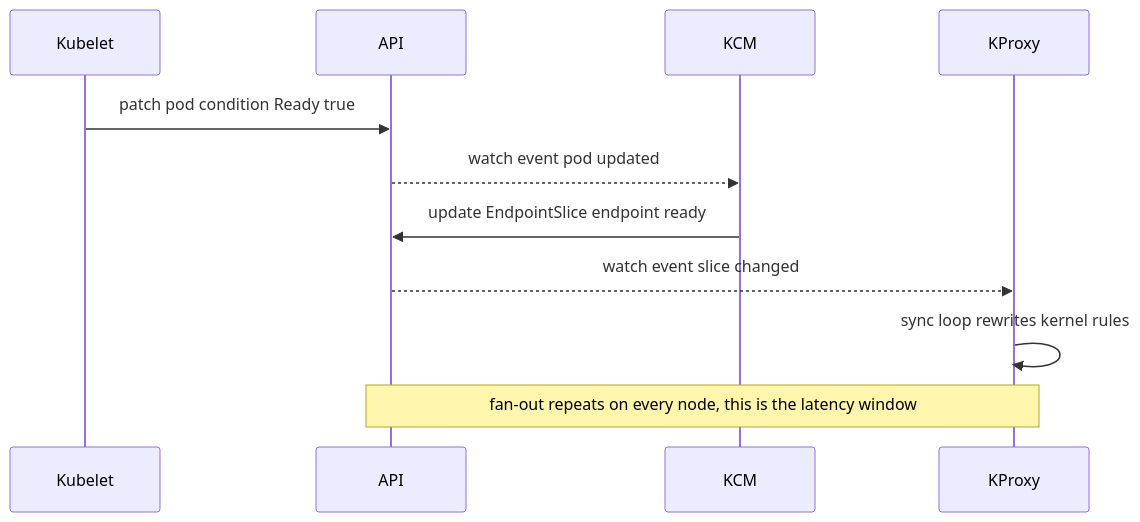
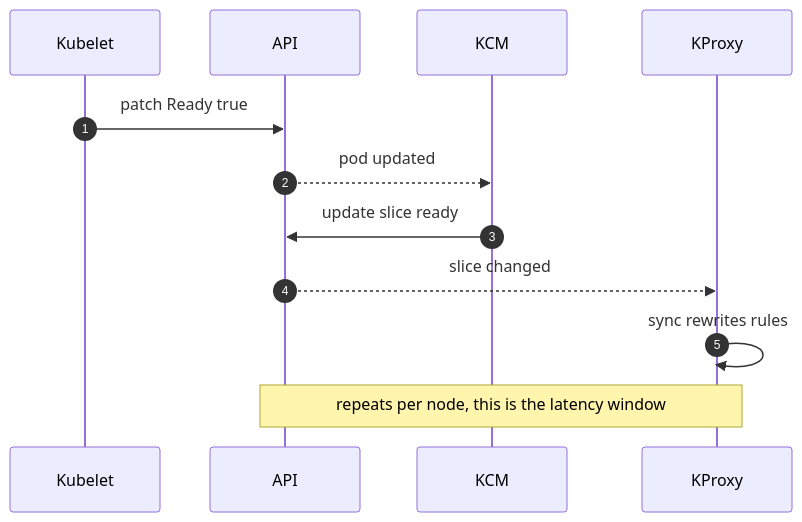
Before and after one commit to sanketsudake/k8s-worksheet: the third of 3 diagrams in chapters/ch07.md, drawn with Mermaid. The commit also changed other lines of this file, not shown here.

First line of the commit message:
ch07: bring diagrams within the print-size gate

````diff
--- a/chapters/ch07.md
+++ b/chapters/ch07.md
@@ -153,13 +154,14 @@
 ```mermaid
 sequenceDiagram
+    autonumber
     participant Kubelet
     participant API
     participant KCM
     participant KProxy
-    Kubelet->>API: patch pod condition Ready true
-    API-->>KCM: watch event pod updated
-    KCM->>API: update EndpointSlice endpoint ready
-    API-->>KProxy: watch event slice changed
-    KProxy->>KProxy: sync loop rewrites kernel rules
-    Note over API,KProxy: fan-out repeats on every node, this is the latency window
+    Kubelet->>API: patch Ready true
+    API-->>KCM: pod updated
+    KCM->>API: update slice ready
+    API-->>KProxy: slice changed
+    KProxy->>KProxy: sync rewrites rules
+    Note over API,KProxy: repeats per node, this is the latency window
 ```
````
